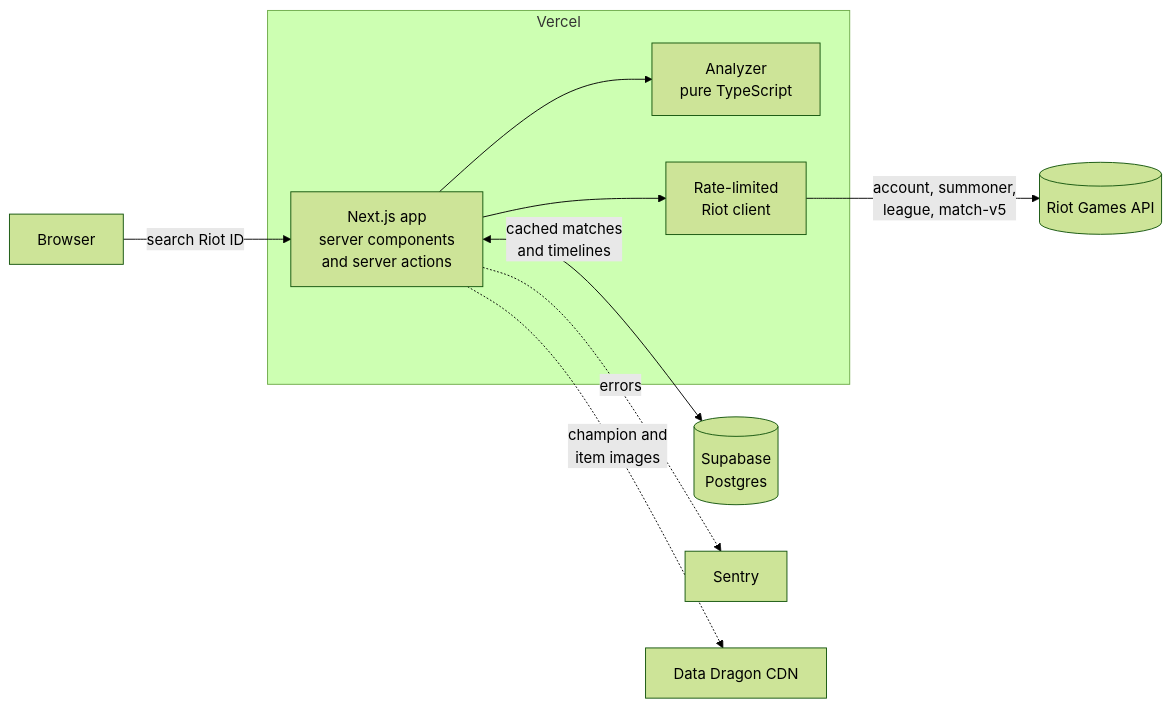
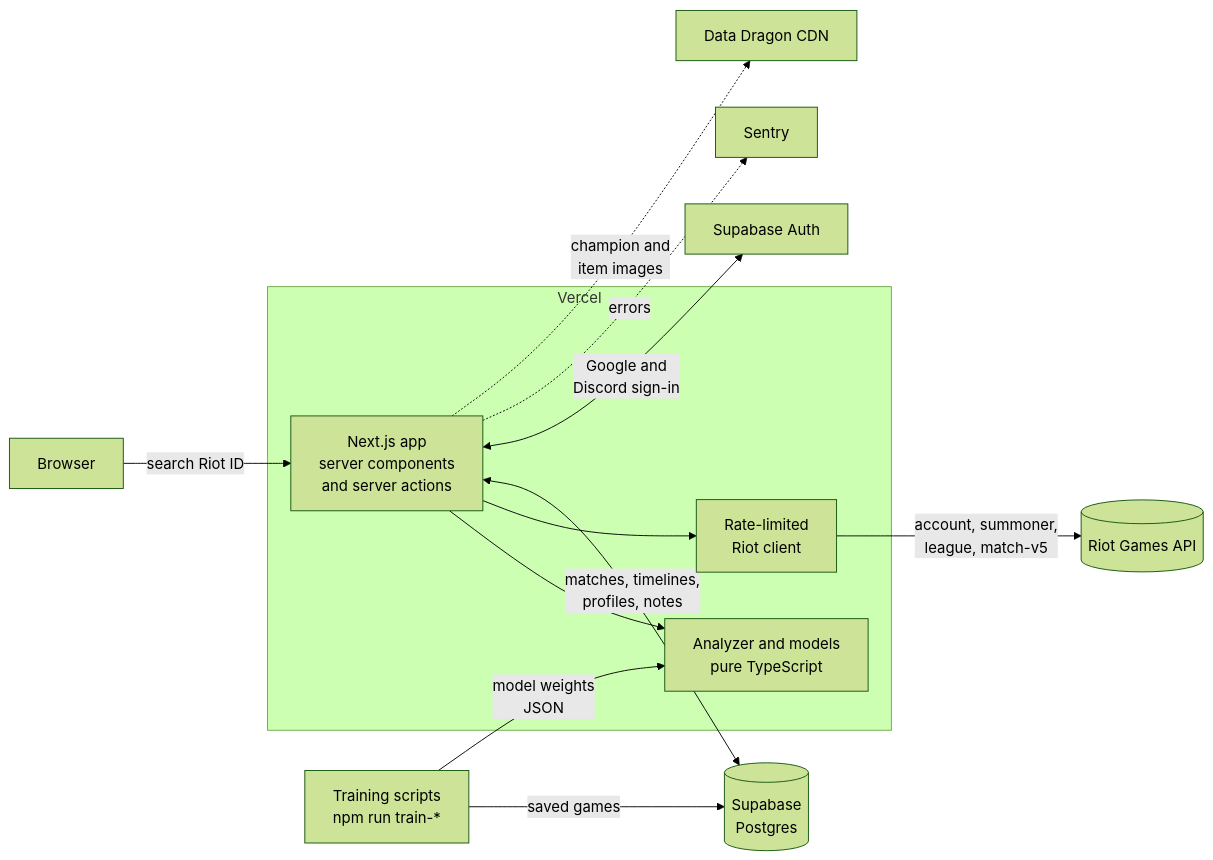
Before and after one commit to Jaspyplayz/League-Web-App: the diagram in README.md, drawn with Mermaid (forest theme). The commit also changed other lines of this file and 3 other files, not shown here.

````diff
--- a/README.md
+++ b/README.md
@@ -72,17 +112,20 @@
 ```mermaid
 flowchart LR
     U[Browser] -->|search Riot ID| N
 
     subgraph V[Vercel]
         N[Next.js app<br/>server components<br/>and server actions]
-        A[Analyzer<br/>pure TypeScript]
+        A[Analyzer and models<br/>pure TypeScript]
         Q[Rate-limited<br/>Riot client]
         N --> A
         N --> Q
     end
 
     Q -->|account, summoner,<br/>league, match-v5| R[(Riot Games API)]
-    N <-->|cached matches<br/>and timelines| DB[(Supabase<br/>Postgres)]
+    N <-->|matches, timelines,<br/>profiles, notes| DB[(Supabase<br/>Postgres)]
+    N <-->|Google and<br/>Discord sign-in| AU[Supabase Auth]
+    T[Training scripts<br/>npm run train-*] -->|saved games| DB
+    T -->|model weights<br/>JSON| A
     N -.->|errors| S[Sentry]
     N -.->|champion and<br/>item images| DD[Data Dragon CDN]
 ```
````
